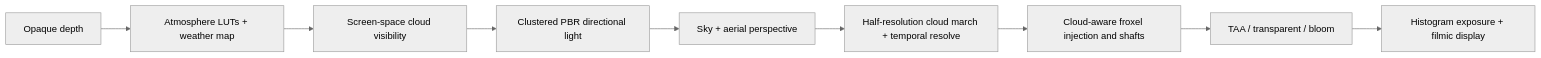
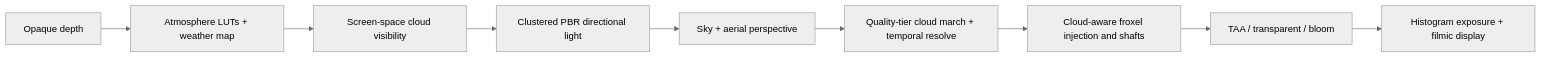
One commit to hiloteam/Hilo3d changed the diagram in documentation/PHYSICAL_ATMOSPHERE_AND_WEATHER.md. Above: the diagram before and after it, drawn with Mermaid (neutral theme). The commit also changed other lines of this file and 14 other files, not shown here.

Commit message:
fix(render): align atmosphere scaling and roadmap

````diff
--- a/documentation/PHYSICAL_ATMOSPHERE_AND_WEATHER.md
+++ b/documentation/PHYSICAL_ATMOSPHERE_AND_WEATHER.md
@@ -10,11 +10,11 @@
 ```mermaid
 flowchart LR
     D["Opaque depth"] --> L["Atmosphere LUTs + weather map"]
     L --> S["Screen-space cloud visibility"]
     S --> P["Clustered PBR directional light"]
     P --> A["Sky + aerial perspective"]
-    A --> C["Half-resolution cloud march + temporal resolve"]
+    A --> C["Quality-tier cloud march + temporal resolve"]
     C --> F["Cloud-aware froxel injection and shafts"]
     F --> T["TAA / transparent / bloom"]
     T --> E["Histogram exposure + filmic display"]
 ```
````
